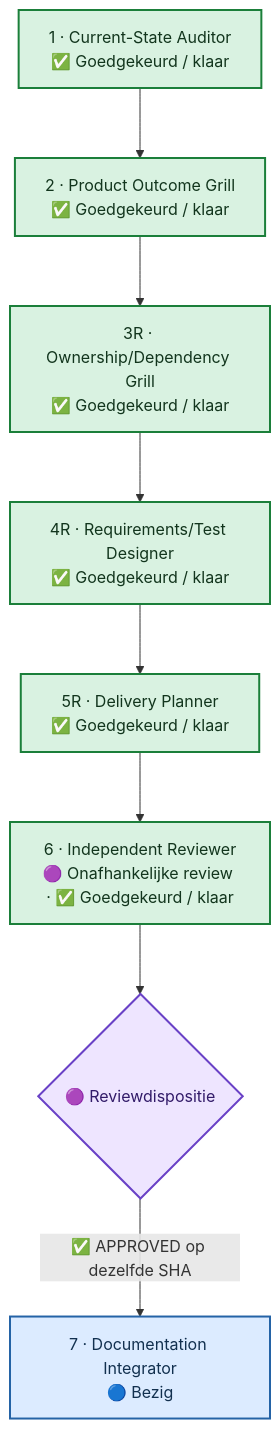
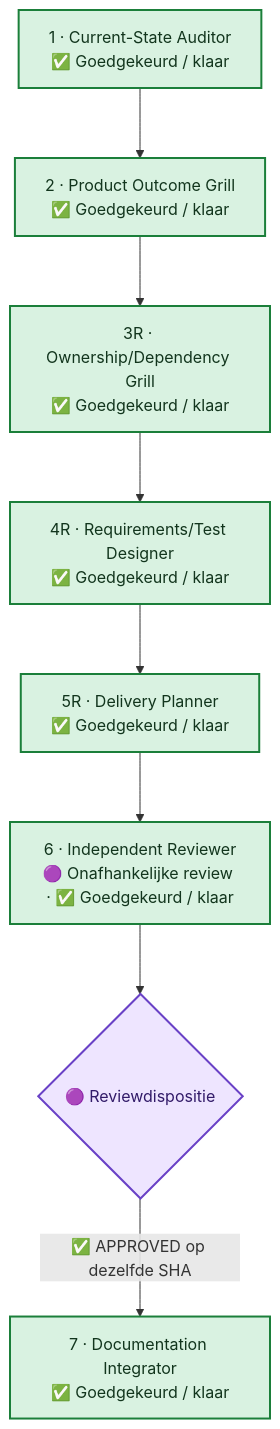
The diagram in flow.mmd (Jandesch91/n1-bioforge-requirements-cockpit), drawn with Mermaid before and after one commit. The commit also changed 3 other files, not shown here.

```diff
--- a/flow.mmd
+++ b/flow.mmd
@@ -1,29 +1,29 @@
 %%{init: {"flowchart": {"curve": "basis", "nodeSpacing": 60, "rankSpacing": 70, "htmlLabels": true}}}%%
 flowchart TB
     %% A vertical main lane prevents crossing arrows. The review return uses one side lane.
     phase_1["1 · Current-State Auditor<br/>✅ Goedgekeurd / klaar"]
     phase_2["2 · Product Outcome Grill<br/>✅ Goedgekeurd / klaar"]
     phase_3r["3R · Ownership/Dependency Grill<br/>✅ Goedgekeurd / klaar"]
     phase_4r["4R · Requirements/Test Designer<br/>✅ Goedgekeurd / klaar"]
     phase_5r["5R · Delivery Planner<br/>✅ Goedgekeurd / klaar"]
     phase_6["6 · Independent Reviewer<br/>🟣 Onafhankelijke review · ✅ Goedgekeurd / klaar"]
-    phase_7["7 · Documentation Integrator<br/>🔵 Bezig"]
+    phase_7["7 · Documentation Integrator<br/>✅ Goedgekeurd / klaar"]
     phase_1 --> phase_2 --> phase_3r --> phase_4r --> phase_5r --> phase_6
     review_decision{"🟣 Reviewdispositie"}
     phase_6 --> review_decision
     review_decision -->|"✅ APPROVED op dezelfde SHA"| phase_7
     classDef approved fill:#D9F2E1,stroke:#1B7F3A,color:#12351D,stroke-width:2px
     classDef inprogress fill:#DCEBFF,stroke:#2463A6,color:#12304F,stroke-width:2px
     classDef human fill:#FFF2BF,stroke:#A66B00,color:#4D3300,stroke-width:2px
     classDef changes fill:#FDE2E1,stroke:#B42318,color:#5D1712,stroke-width:2px
     classDef blocked fill:#FDE2E1,stroke:#B42318,color:#5D1712,stroke-width:2px
     classDef notstarted fill:#F2F4F7,stroke:#667085,color:#344054,stroke-width:2px
     classDef review fill:#EEE5FF,stroke:#6941C6,color:#321B69,stroke-width:2px
     class phase_1 approved
     class phase_2 approved
     class phase_3r approved
     class phase_4r approved
     class phase_5r approved
     class phase_6 approved
-    class phase_7 inprogress
+    class phase_7 approved
     class review_decision review
```
